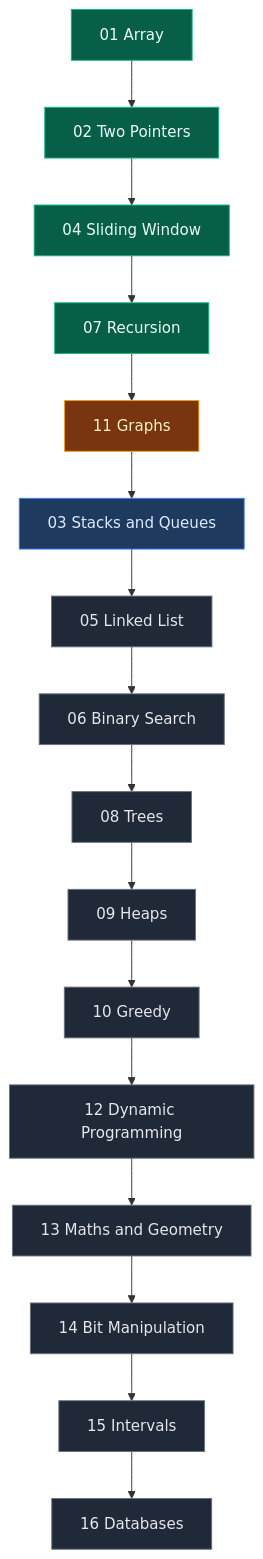
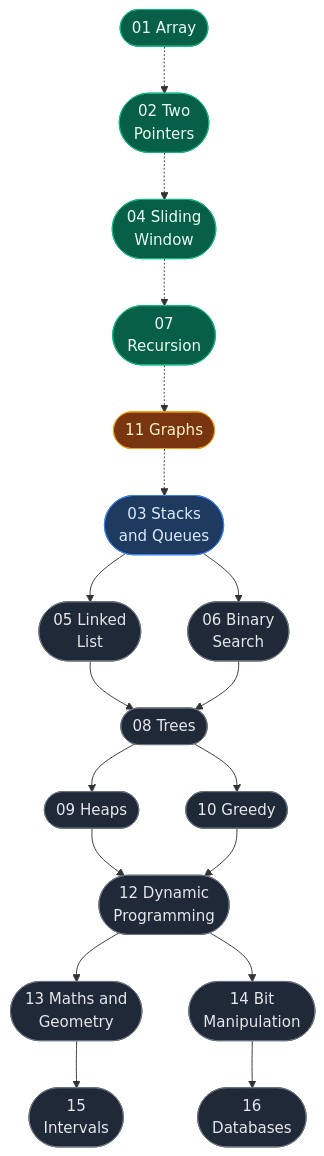
One commit to ajay-nikumbh/dsa-notes changed the second of 2 diagrams in README.md. Above: the diagram before and after it, drawn with Mermaid. The commit also changed other lines of this file, not shown here.

First line of the commit message:
Rework root README: balanced roadmap, theory diagram, trim sections

````diff
--- a/README.md
+++ b/README.md
@@ -34,23 +52,26 @@
 ```mermaid
 flowchart TD
-    A["01 Array"]:::done --> B["02 Two Pointers"]:::done
-    B --> C["04 Sliding Window"]:::done
-    C --> D["07 Recursion"]:::done
-    D --> E["11 Graphs"]:::inprog
-    E --> F["03 Stacks and Queues"]:::next
-    F --> G["05 Linked List"]:::todo
-    G --> H["06 Binary Search"]:::todo
-    H --> I["08 Trees"]:::todo
-    I --> J["09 Heaps"]:::todo
-    J --> K["10 Greedy"]:::todo
-    K --> L["12 Dynamic Programming"]:::todo
-    L --> M["13 Maths and Geometry"]:::todo
-    M --> N["14 Bit Manipulation"]:::todo
-    N --> O["15 Intervals"]:::todo
-    O --> P["16 Databases"]:::todo
+    A(["01 Array"]):::done -.-> B(["02 Two<br/>Pointers"]):::done
+    B -.-> C(["04 Sliding<br/>Window"]):::done
+    C -.-> D(["07<br/>Recursion"]):::done
+    D -.-> E(["11 Graphs"]):::inprog
+    E -.-> F(["03 Stacks<br/>and Queues"]):::next
+
+    F --> G(["05 Linked<br/>List"]):::todo
+    F --> H(["06 Binary<br/>Search"]):::todo
+    G --> I(["08 Trees"]):::todo
+    H --> I
+    I --> J(["09 Heaps"]):::todo
+    I --> K(["10 Greedy"]):::todo
+    J --> L(["12 Dynamic<br/>Programming"]):::todo
+    K --> L
+    L --> M(["13 Maths and<br/>Geometry"]):::todo
+    L --> N(["14 Bit<br/>Manipulation"]):::todo
+    M --> O(["15<br/>Intervals"]):::todo
+    N --> P(["16<br/>Databases"]):::todo
 
     classDef done fill:#065f46,stroke:#10b981,color:#ecfdf5
     classDef inprog fill:#78350f,stroke:#f59e0b,color:#fef3c7
     classDef next fill:#1e3a5f,stroke:#3b82f6,color:#dbeafe
     classDef todo fill:#1f2937,stroke:#6b7280,color:#e5e7eb
 ```
````
